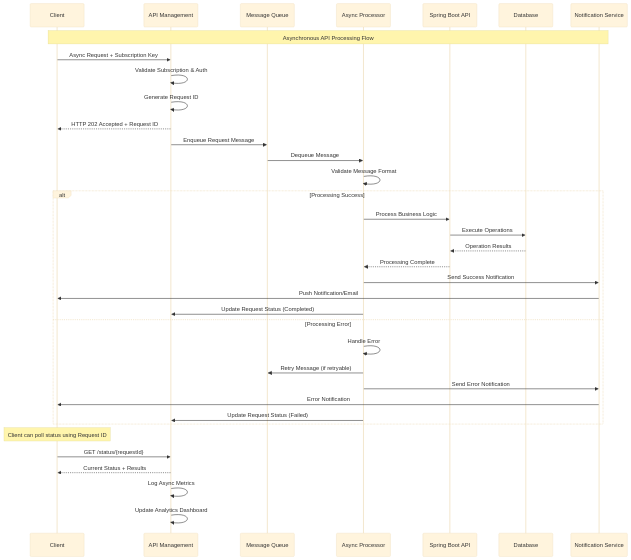
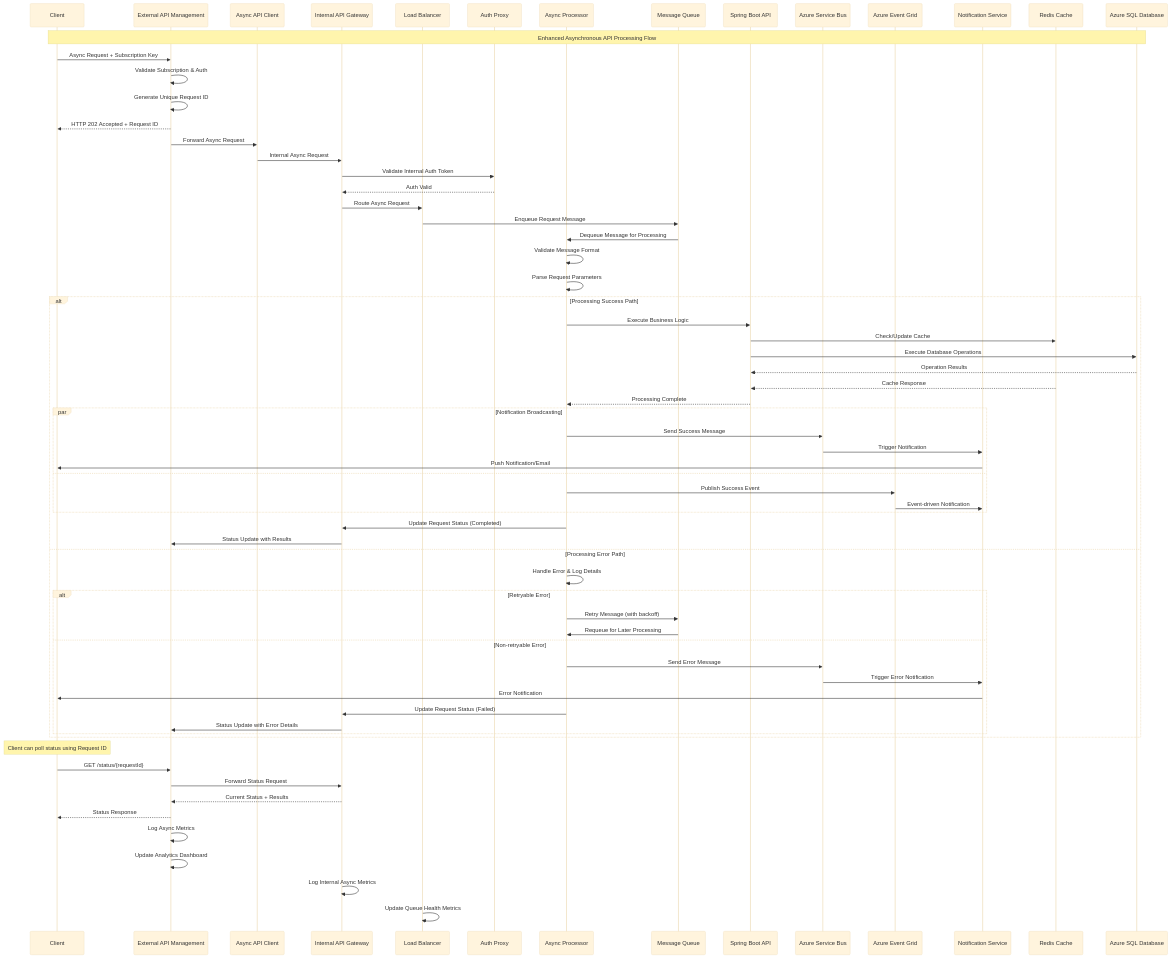
The fifth of 10 diagrams in docs/architecture/azure-api-management-architecture.md (calvinlee999/react_next_java_journey), drawn with Mermaid (base theme) before and after one commit. The commit also changed other lines of this file, not shown here.

First line of the commit message:
feat: enhance all API Management Flow Diagrams with Internal Gateway architecture

````diff
--- a/docs/architecture/azure-api-management-architecture.md
+++ b/docs/architecture/azure-api-management-architecture.md
@@ -248,44 +334,81 @@
 ```mermaid
 sequenceDiagram
     participant Client
-    participant APIM as API Management
+    participant APIM as External API Management
+    participant AsyncClient as Async API Client
+    participant InternalGW as Internal API Gateway
+    participant LoadBalancer as Load Balancer
+    participant Auth as Auth Proxy
+    participant AsyncProcessor as Async Processor
     participant Queue as Message Queue
-    participant AsyncProcessor as Async Processor
     participant Backend as Spring Boot API
-    participant DB as Database
+    participant ServiceBus as Azure Service Bus
+    participant EventGrid as Azure Event Grid
     participant NotifyService as Notification Service
+    participant Cache as Redis Cache
+    participant DB as Azure SQL Database
 
-    Note over Client, NotifyService: Asynchronous API Processing Flow
+    Note over Client, DB: Enhanced Asynchronous API Processing Flow
     
     Client->>APIM: Async Request + Subscription Key
     APIM->>APIM: Validate Subscription & Auth
-    APIM->>APIM: Generate Request ID
+    APIM->>APIM: Generate Unique Request ID
     APIM-->>Client: HTTP 202 Accepted + Request ID
     
-    APIM->>Queue: Enqueue Request Message
-    Queue->>AsyncProcessor: Dequeue Message
+    APIM->>AsyncClient: Forward Async Request
+    AsyncClient->>InternalGW: Internal Async Request
+    InternalGW->>Auth: Validate Internal Auth Token
+    Auth-->>InternalGW: Auth Valid
+    InternalGW->>LoadBalancer: Route Async Request
+    LoadBalancer->>Queue: Enqueue Request Message
+    Queue->>AsyncProcessor: Dequeue Message for Processing
+    
     AsyncProcessor->>AsyncProcessor: Validate Message Format
+    AsyncProcessor->>AsyncProcessor: Parse Request Parameters
     
-    alt Processing Success
-        AsyncProcessor->>Backend: Process Business Logic
-        Backend->>DB: Execute Operations
+    alt Processing Success Path
+        AsyncProcessor->>Backend: Execute Business Logic
+        Backend->>Cache: Check/Update Cache
+        Backend->>DB: Execute Database Operations
         DB-->>Backend: Operation Results
+        Cache-->>Backend: Cache Response
         Backend-->>AsyncProcessor: Processing Complete
-        AsyncProcessor->>NotifyService: Send Success Notification
-        NotifyService->>Client: Push Notification/Email
-        AsyncProcessor->>APIM: Update Request Status (Completed)
-    else Processing Error
-        AsyncProcessor->>AsyncProcessor: Handle Error
-        AsyncProcessor->>Queue: Retry Message (if retryable)
-        AsyncProcessor->>NotifyService: Send Error Notification
-        NotifyService->>Client: Error Notification
-        AsyncProcessor->>APIM: Update Request Status (Failed)
+        
+        par Notification Broadcasting
+            AsyncProcessor->>ServiceBus: Send Success Message
+            ServiceBus->>NotifyService: Trigger Notification
+            NotifyService->>Client: Push Notification/Email
+        and
+            AsyncProcessor->>EventGrid: Publish Success Event
+            EventGrid->>NotifyService: Event-driven Notification
+        end
+        
+        AsyncProcessor->>InternalGW: Update Request Status (Completed)
+        InternalGW->>APIM: Status Update with Results
+        
+    else Processing Error Path
+        AsyncProcessor->>AsyncProcessor: Handle Error & Log Details
+        
+        alt Retryable Error
+            AsyncProcessor->>Queue: Retry Message (with backoff)
+            Queue->>AsyncProcessor: Requeue for Later Processing
+        else Non-retryable Error
+            AsyncProcessor->>ServiceBus: Send Error Message
+            ServiceBus->>NotifyService: Trigger Error Notification
+            NotifyService->>Client: Error Notification
+            AsyncProcessor->>InternalGW: Update Request Status (Failed)
+            InternalGW->>APIM: Status Update with Error Details
+        end
     end
     
     Note over Client: Client can poll status using Request ID
     Client->>APIM: GET /status/{requestId}
-    APIM-->>Client: Current Status + Results
+    APIM->>InternalGW: Forward Status Request
+    InternalGW-->>APIM: Current Status + Results
+    APIM-->>Client: Status Response
     
     APIM->>APIM: Log Async Metrics
     APIM->>APIM: Update Analytics Dashboard
+    InternalGW->>InternalGW: Log Internal Async Metrics
+    LoadBalancer->>LoadBalancer: Update Queue Health Metrics
 ```
````
